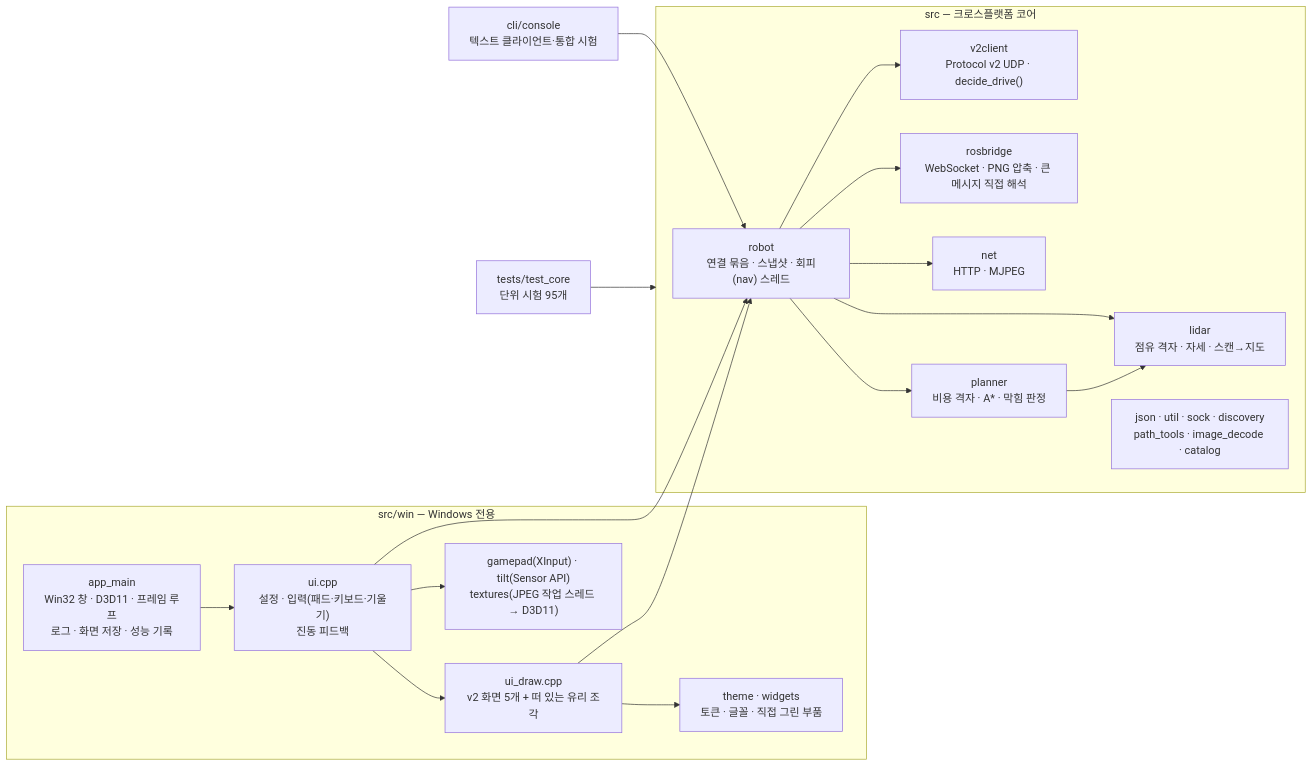
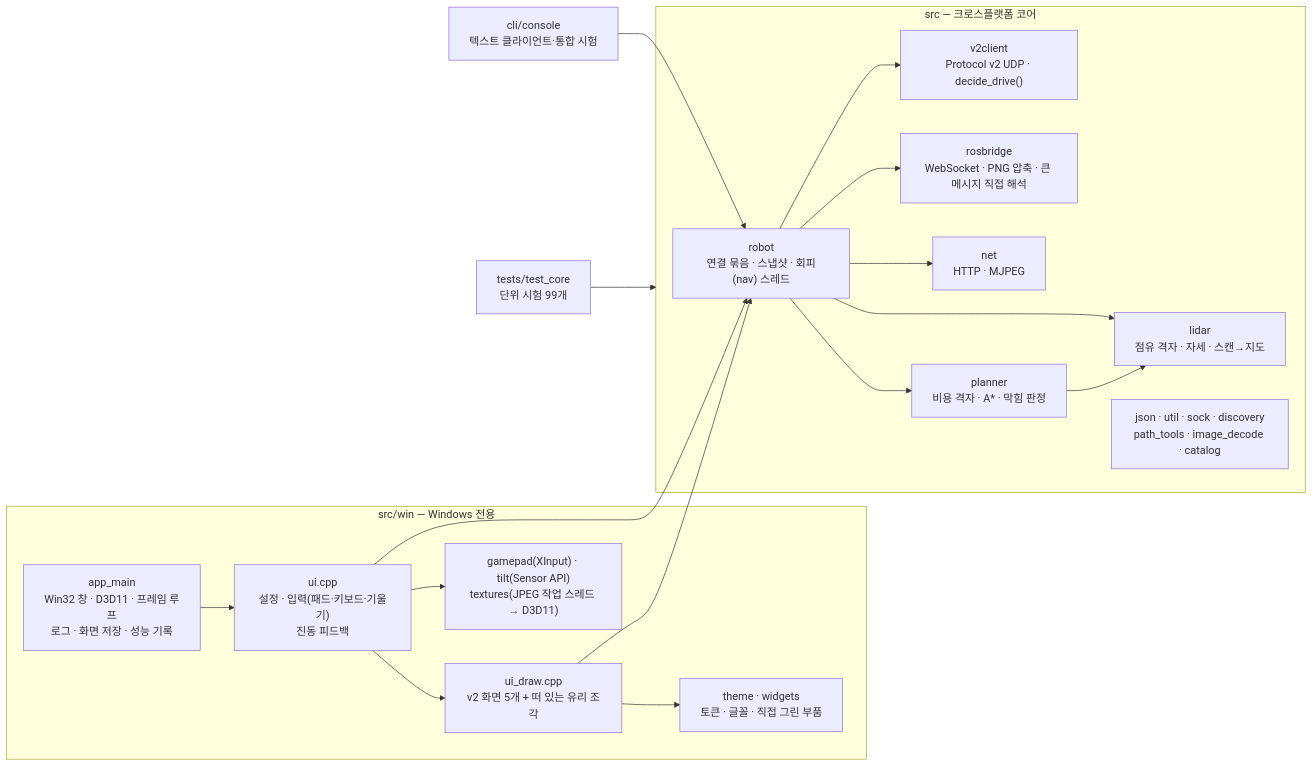
Before and after one commit to Ksyear/puppypi_heukgalli: the first of 3 diagrams in docs/ARCHITECTURE.md, drawn with Mermaid. The commit also changed other lines of this file and 14 other files, not shown here.

````diff
--- a/docs/ARCHITECTURE.md
+++ b/docs/ARCHITECTURE.md
@@ -7,27 +7,27 @@
 ```mermaid
 flowchart LR
   subgraph win["src/win — Windows 전용"]
     main["app_main<br/>Win32 창 · D3D11 · 프레임 루프<br/>로그 · 화면 저장 · 성능 기록"]
     ui["ui.cpp<br/>설정 · 입력(패드·키보드·기울기)<br/>진동 피드백"]
     draw["ui_draw.cpp<br/>v2 화면 5개 + 떠 있는 유리 조각"]
     theme["theme · widgets<br/>토큰 · 글꼴 · 직접 그린 부품"]
     dev["gamepad(XInput) · tilt(Sensor API)<br/>textures(JPEG 작업 스레드 → D3D11)"]
   end
   subgraph core["src — 크로스플랫폼 코어"]
     robot["robot<br/>연결 묶음 · 스냅샷 · 회피(nav) 스레드"]
     v2["v2client<br/>Protocol v2 UDP · decide_drive()"]
     rb["rosbridge<br/>WebSocket · PNG 압축 · 큰 메시지 직접 해석"]
     net["net<br/>HTTP · MJPEG"]
     lidar["lidar<br/>점유 격자 · 자세 · 스캔→지도"]
     plan["planner<br/>비용 격자 · A* · 막힘 판정"]
     misc["json · util · sock · discovery<br/>path_tools · image_decode · catalog"]
   end
   main --> ui --> draw --> theme
   ui --> dev
   ui --> robot
   draw --> robot
   robot --> v2 & rb & net & lidar & plan
   plan --> lidar
   cli["cli/console<br/>텍스트 클라이언트·통합 시험"] --> robot
-  tests["tests/test_core<br/>단위 시험 95개"] --> core
+  tests["tests/test_core<br/>단위 시험 99개"] --> core
 ```
````
